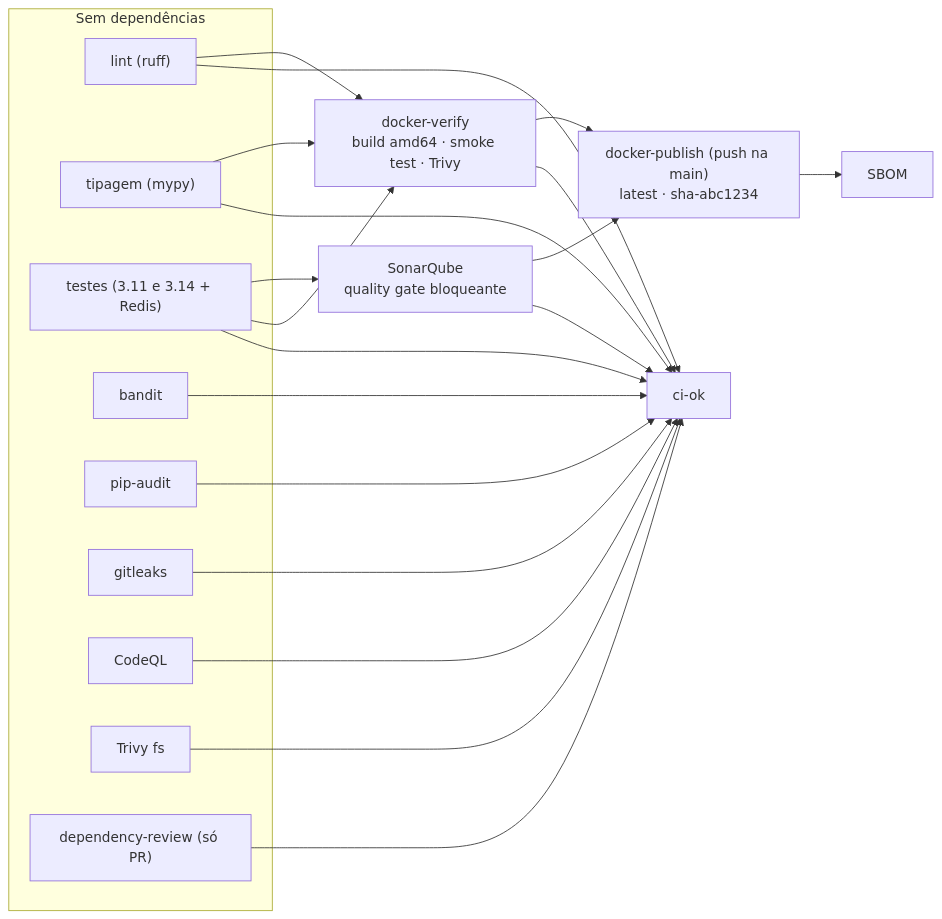
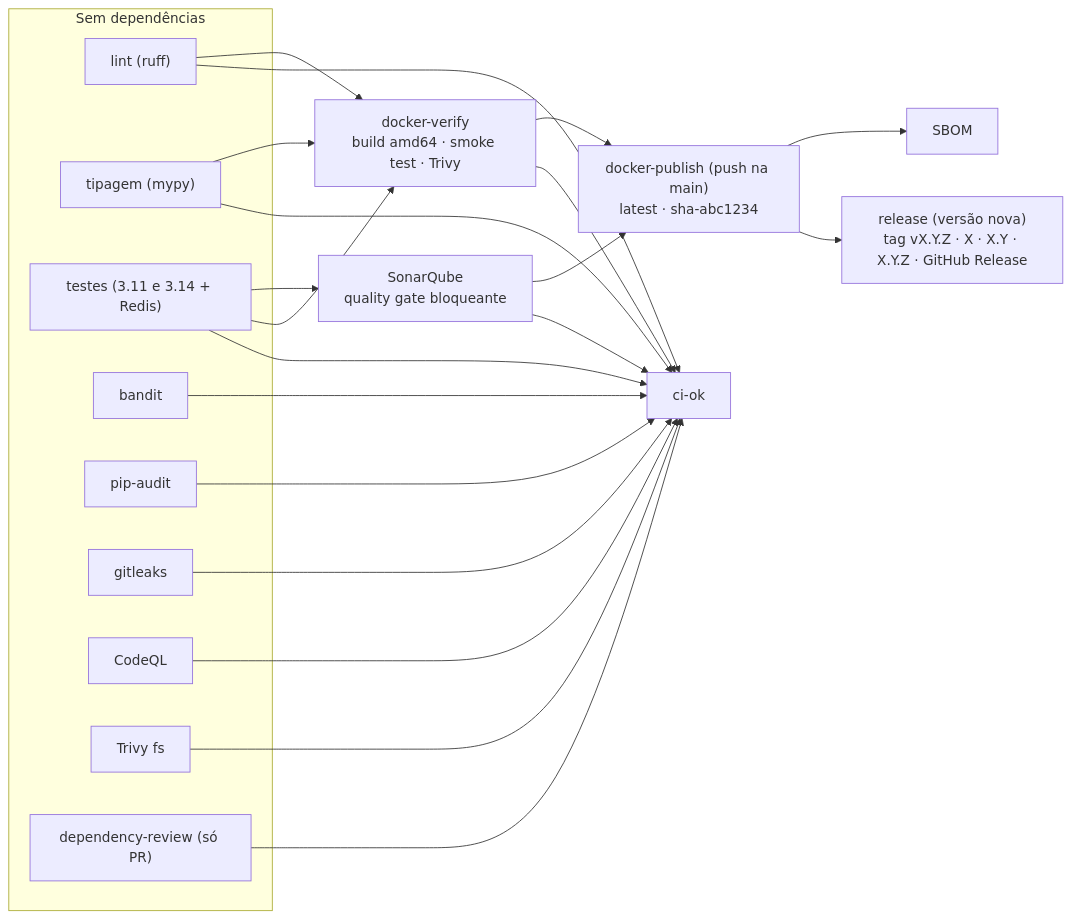
The sixth of 7 diagrams in README.md (rlquilez/b3datetime), drawn with Mermaid before and after one commit. The commit also changed other lines of this file and 6 other files, not shown here.

First line of the commit message:
ci: unificar o release no ci.yml com release automática quando a versão muda na main

````diff
--- a/README.md
+++ b/README.md
@@ -827,18 +826,19 @@
 ```mermaid
 flowchart LR
     subgraph paralelo["Sem dependências"]
         lint["lint (ruff)"]
         typecheck["tipagem (mypy)"]
         test["testes (3.11 e 3.14 + Redis)"]
         bandit["bandit"]
         pipaudit["pip-audit"]
         gitleaks["gitleaks"]
         codeql["CodeQL"]
         trivyfs["Trivy fs"]
         depreview["dependency-review (só PR)"]
     end
     test --> sonar["SonarQube<br/>quality gate bloqueante"]
     lint & typecheck & test --> dv["docker-verify<br/>build amd64 · smoke test · Trivy"]
     dv & sonar --> pub["docker-publish (push na main)<br/>latest · sha-abc1234"] --> sbom["SBOM"]
+    pub --> rel["release (versão nova)<br/>tag vX.Y.Z · X · X.Y · X.Y.Z · GitHub Release"]
     lint & typecheck & test & sonar & bandit & pipaudit & gitleaks & codeql & trivyfs & dv & depreview --> ok["ci-ok"]
 ```
````
